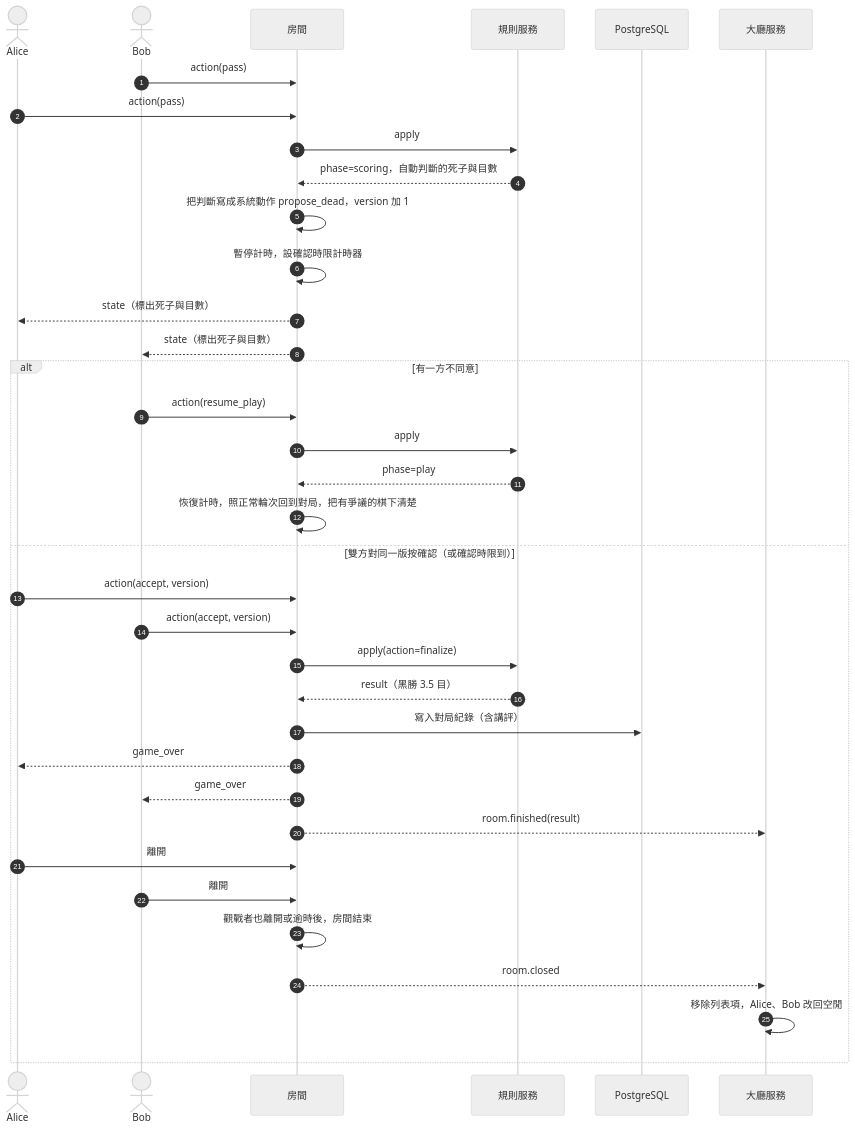
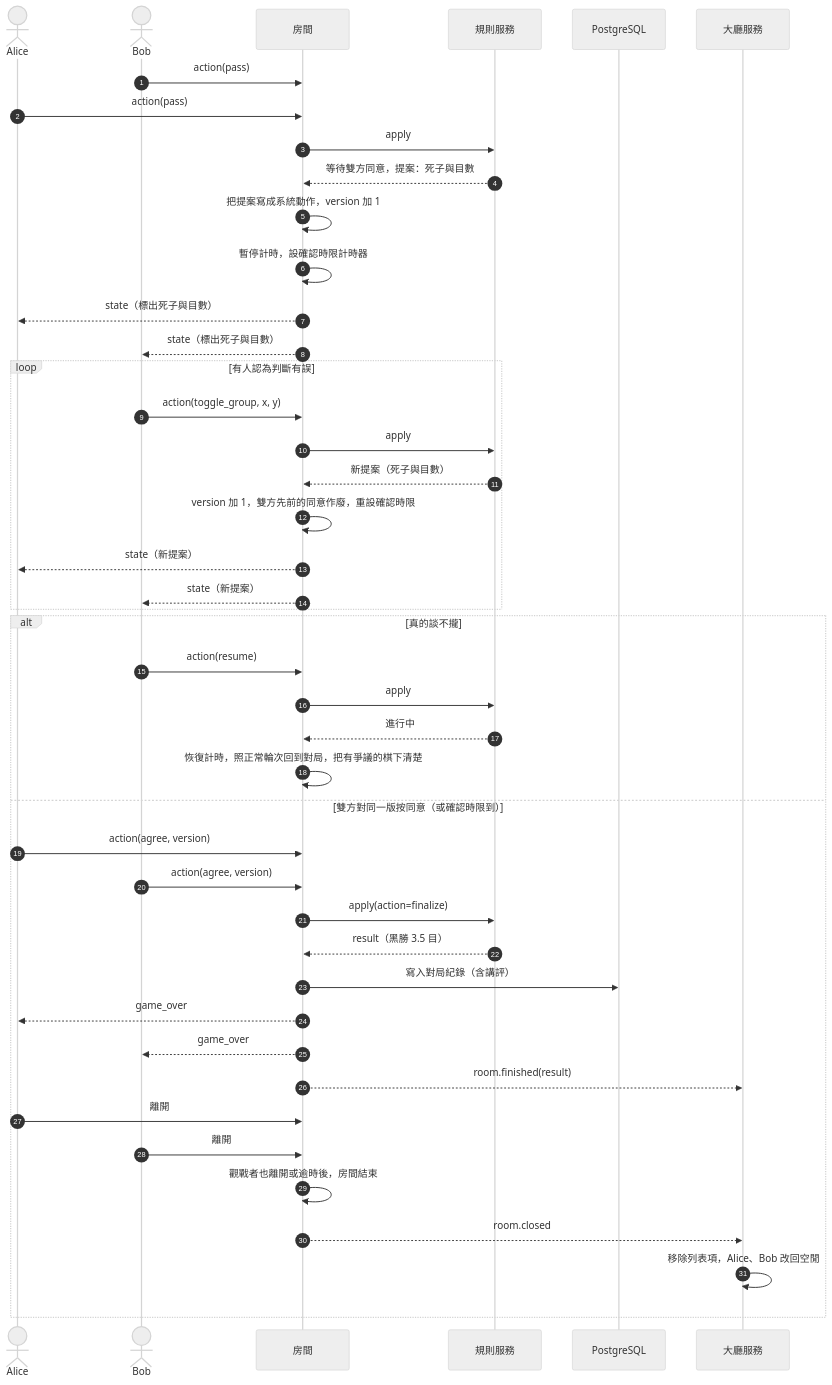
Before and after one commit to yshsu0918/yi-arena: the fifth of 5 diagrams in docs/architecture_v1.md, drawn with Mermaid (neutral theme). The commit also changed other lines of this file and 1 other file, not shown here.

First line of the commit message:
Address review: generic phases and proposals, manual dead-stone toggling, safety timeouts and basic reconnect in milestone 1

````diff
--- a/docs/architecture_v1.md
+++ b/docs/architecture_v1.md
@@ -415,39 +438,47 @@
 ```mermaid
 sequenceDiagram
   autonumber
   actor A as Alice
   actor B as Bob
   participant R as 房間
   participant S as 規則服務
   participant DB as PostgreSQL
   participant L as 大廳服務
 
   B->>R: action(pass)
   A->>R: action(pass)
   R->>S: apply
-  S-->>R: phase=scoring，自動判斷的死子與目數
-  R->>R: 把判斷寫成系統動作 propose_dead，version 加 1
+  S-->>R: 等待雙方同意，提案：死子與目數
+  R->>R: 把提案寫成系統動作，version 加 1
   R->>R: 暫停計時，設確認時限計時器
   R-->>A: state（標出死子與目數）
   R-->>B: state（標出死子與目數）
-  alt 有一方不同意
-    B->>R: action(resume_play)
+  loop 有人認為判斷有誤
+    B->>R: action(toggle_group, x, y)
     R->>S: apply
-    S-->>R: phase=play
+    S-->>R: 新提案（死子與目數）
+    R->>R: version 加 1，雙方先前的同意作廢，重設確認時限
+    R-->>A: state（新提案）
+    R-->>B: state（新提案）
+  end
+  alt 真的談不攏
+    B->>R: action(resume)
+    R->>S: apply
+    S-->>R: 進行中
     R->>R: 恢復計時，照正常輪次回到對局，把有爭議的棋下清楚
-  else 雙方對同一版按確認（或確認時限到）
-    A->>R: action(accept, version)
-    B->>R: action(accept, version)
+  else 雙方對同一版按同意（或確認時限到）
+    A->>R: action(agree, version)
+    B->>R: action(agree, version)
     R->>S: apply(action=finalize)
     S-->>R: result（黑勝 3.5 目）
     R->>DB: 寫入對局紀錄（含講評）
     R-->>A: game_over
     R-->>B: game_over
     R-->>L: room.finished(result)
     A->>R: 離開
     B->>R: 離開
     R->>R: 觀戰者也離開或逾時後，房間結束
     R-->>L: room.closed
     L->>L: 移除列表項，Alice、Bob 改回空閒
   end
 ```
````
